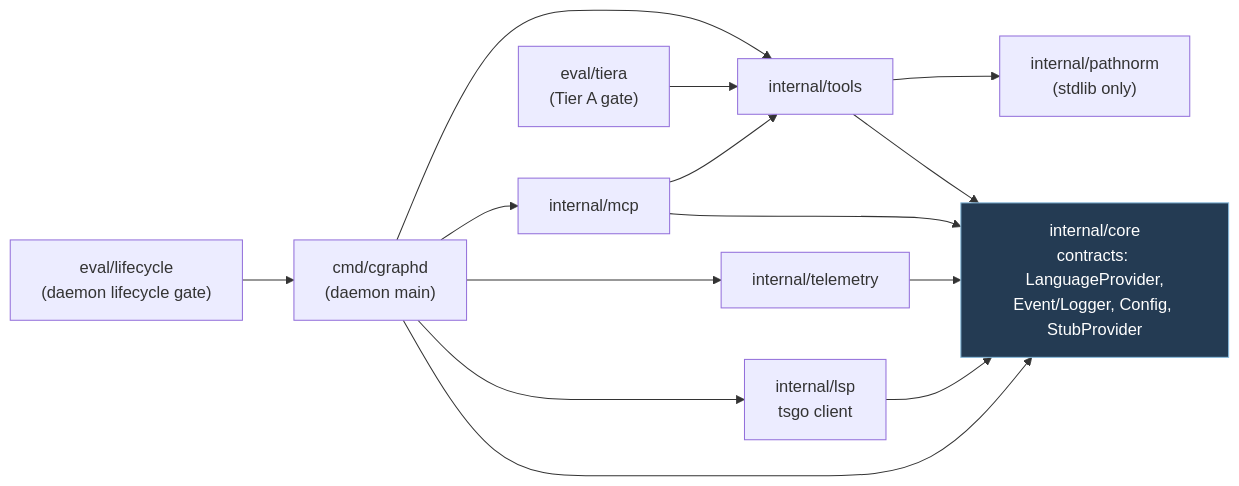
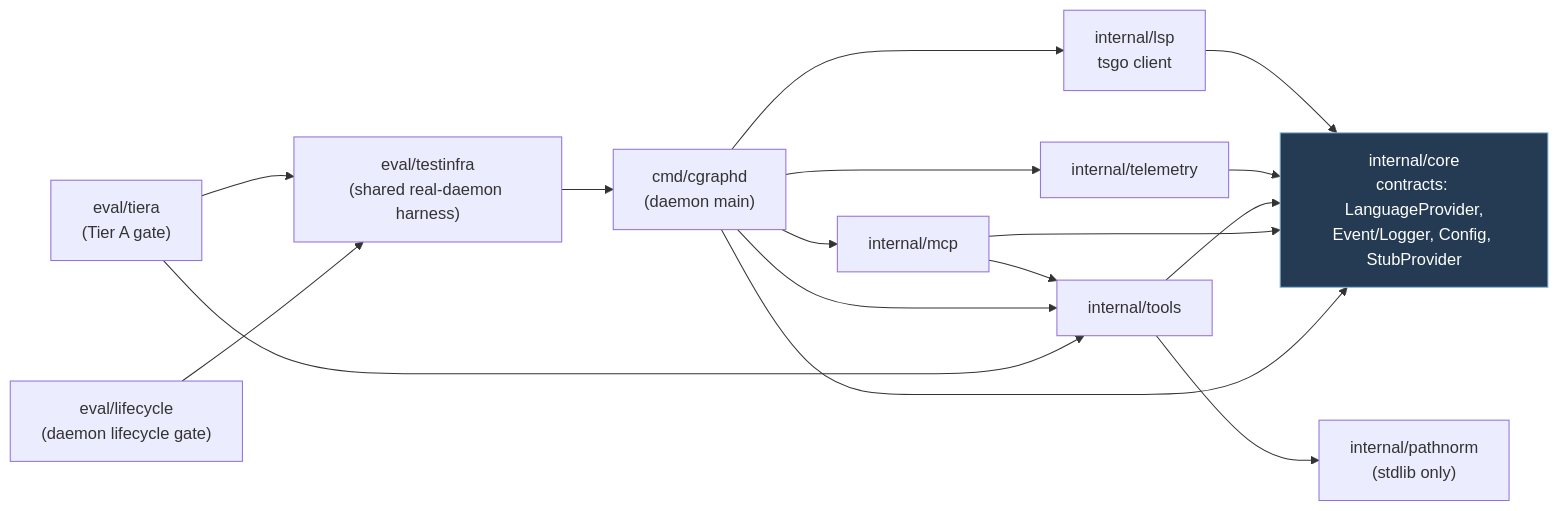
One commit to skflowne/code-graph-harness changed the fourth of 6 diagrams in ARCHITECTURE.md. Above: the diagram before and after it, drawn with Mermaid. The commit also changed other lines of this file and 8 other files, not shown here.

Commit message:
test: stabilize and share daemon eval harness

````diff
--- a/ARCHITECTURE.md
+++ b/ARCHITECTURE.md
@@ -159,29 +159,32 @@
 ```mermaid
 flowchart LR
     core["internal/core<br/>contracts: LanguageProvider,<br/>Event/Logger, Config, StubProvider"]
     lsp["internal/lsp<br/>tsgo client"]
     path["internal/pathnorm<br/>(stdlib only)"]
     tel["internal/telemetry"]
     tools["internal/tools"]
     mcp["internal/mcp"]
     cmd["cmd/cgraphd<br/>(daemon main)"]
     eval["eval/tiera<br/>(Tier A gate)"]
     lifecycle["eval/lifecycle<br/>(daemon lifecycle gate)"]
+    testinfra["eval/testinfra<br/>(shared real-daemon harness)"]
 
     lsp --> core
     tel --> core
     tools --> core
     tools --> path
     mcp --> core
     mcp --> tools
     cmd --> core
     cmd --> lsp
     cmd --> tel
     cmd --> mcp
     cmd --> tools
     eval --> tools
-    lifecycle --> cmd
+    eval --> testinfra
+    lifecycle --> testinfra
+    testinfra --> cmd
 
     classDef center fill:#243b53,stroke:#8bd,color:#fff;
     class core center;
 ```
````
